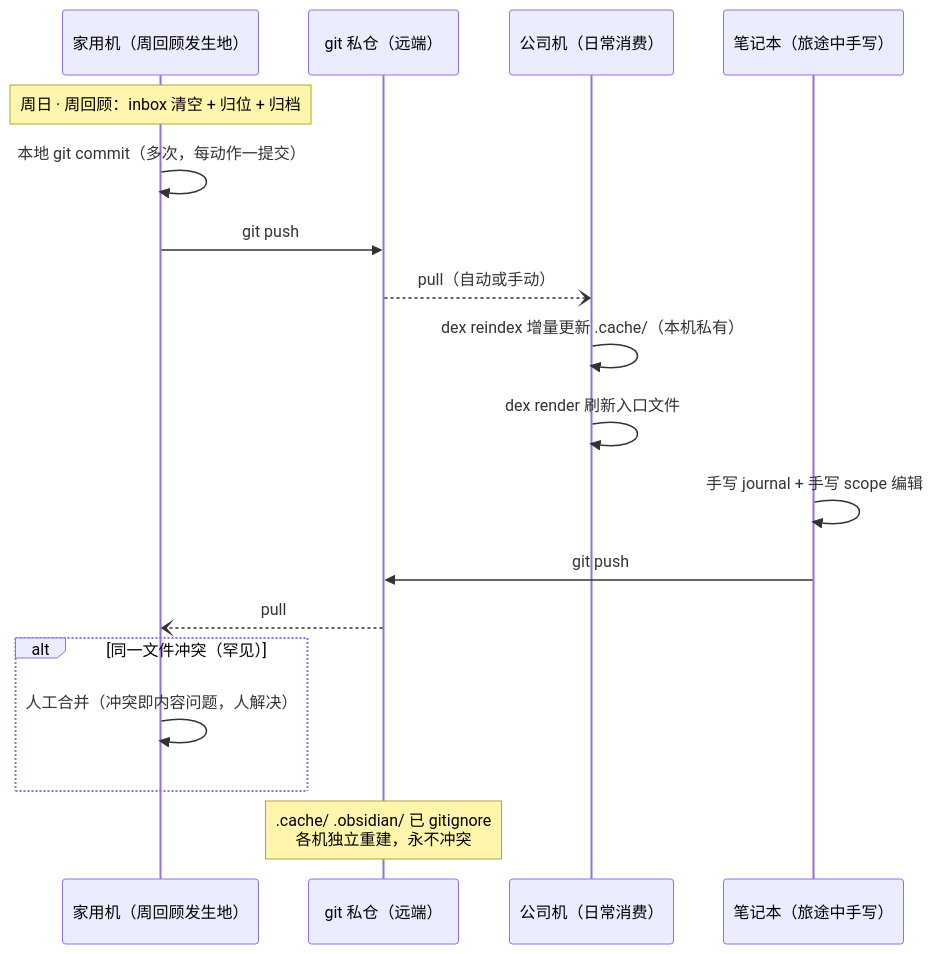
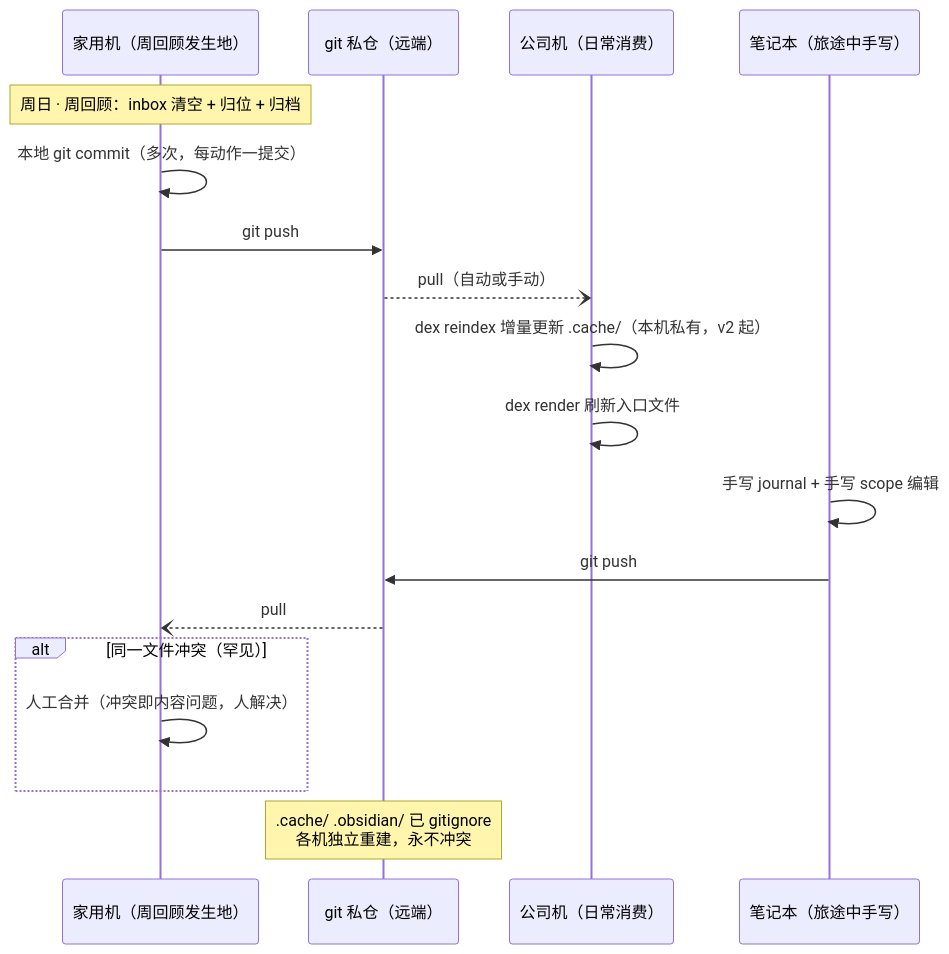
One commit to Jo0OCTsai/pokemon-remember-you changed the fifth of 6 diagrams in docs/REQUIREMENTS.md. Above: the diagram before and after it, drawn with Mermaid. The commit also changed other lines of this file and 12 other files, not shown here.

````diff
--- a/docs/REQUIREMENTS.md
+++ b/docs/REQUIREMENTS.md
@@ -374,23 +375,23 @@
 ```mermaid
 sequenceDiagram
     participant HM as 家用机（周回顾发生地）
     participant GIT as git 私仓（远端）
     participant OM as 公司机（日常消费）
     participant CM as 笔记本（旅途中手写）
 
     Note over HM: 周日 · 周回顾：inbox 清空 + 归位 + 归档
     HM->>HM: 本地 git commit（多次，每动作一提交）
     HM->>GIT: git push
 
     GIT--)OM: pull（自动或手动）
-    OM->>OM: dex reindex 增量更新 .cache/（本机私有）
+    OM->>OM: dex reindex 增量更新 .cache/（本机私有，v2 起）
     OM->>OM: dex render 刷新入口文件
 
     CM->>CM: 手写 journal + 手写 scope 编辑
     CM->>GIT: git push
     GIT--)HM: pull
     alt 同一文件冲突（罕见）
         HM->>HM: 人工合并（冲突即内容问题，人解决）
     end
     Note over GIT: .cache/ .obsidian/ 已 gitignore<br/>各机独立重建，永不冲突
 ```
````
